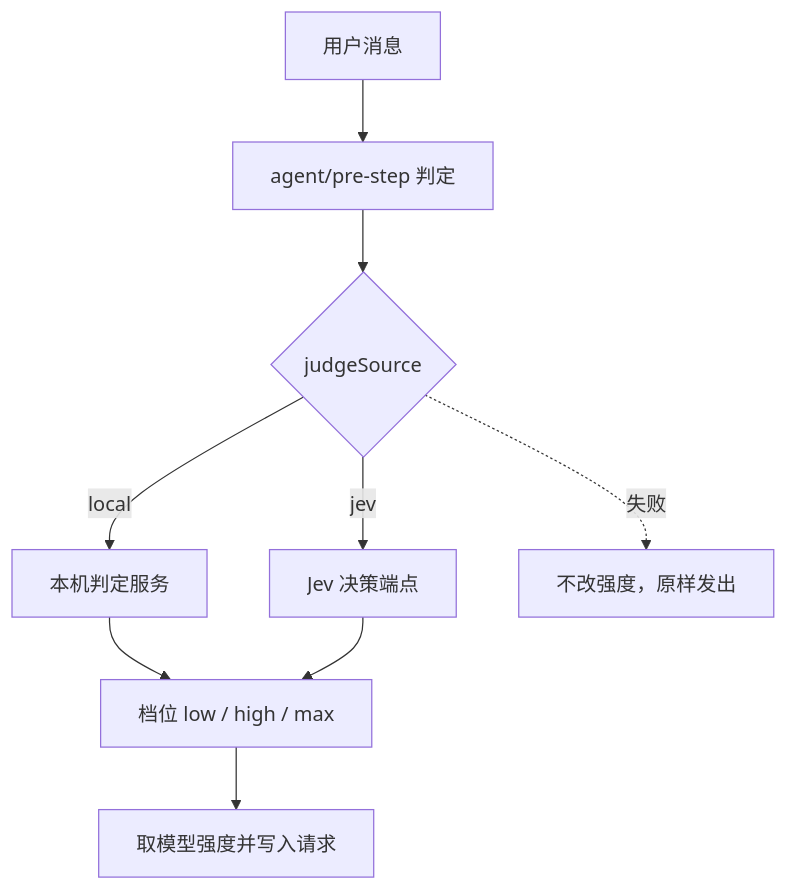
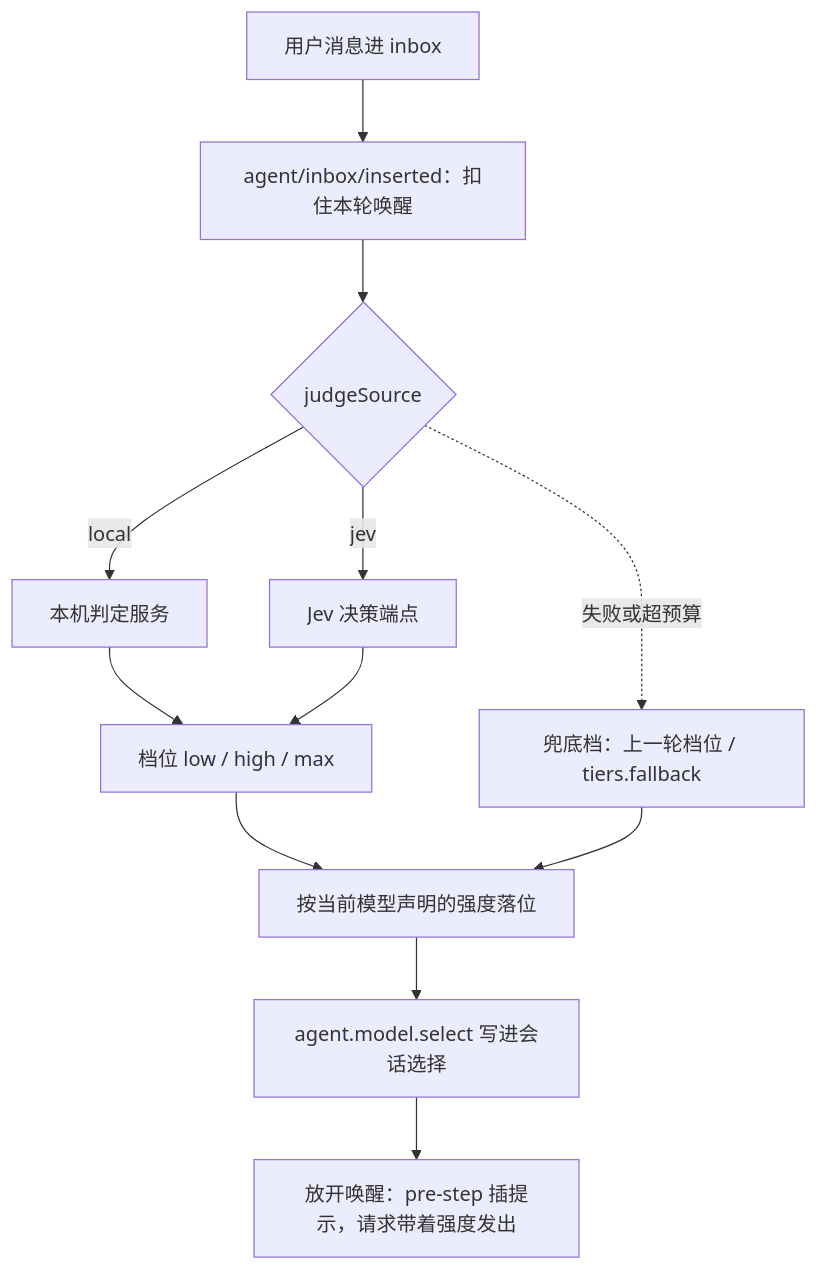
Before and after one commit to Hakutaku-02/dsh-effort-router: the diagram in README.md, drawn with Mermaid. The commit also changed other lines of this file and 11 other files, not shown here.

````diff
--- a/README.md
+++ b/README.md
@@ -40,11 +43,14 @@
 ```mermaid
 flowchart TD
-  A["用户消息"] --> B["agent/pre-step 判定"]
+  A["用户消息进 inbox"] --> B["agent/inbox/inserted：扣住本轮唤醒"]
   B --> C{"judgeSource"}
   C -->|local| D["本机判定服务"]
   C -->|jev| E["Jev 决策端点"]
   D --> F["档位 low / high / max"]
   E --> F
-  F --> G["取模型强度并写入请求"]
-  C -.->|失败| H["不改强度，原样发出"]
+  C -.->|失败或超预算| G["兜底档：上一轮档位 / tiers.fallback"]
+  F --> H["按当前模型声明的强度落位"]
+  G --> H
+  H --> I["agent.model.select 写进会话选择"]
+  I --> J["放开唤醒：pre-step 插提示，请求带着强度发出"]
 ```
````
